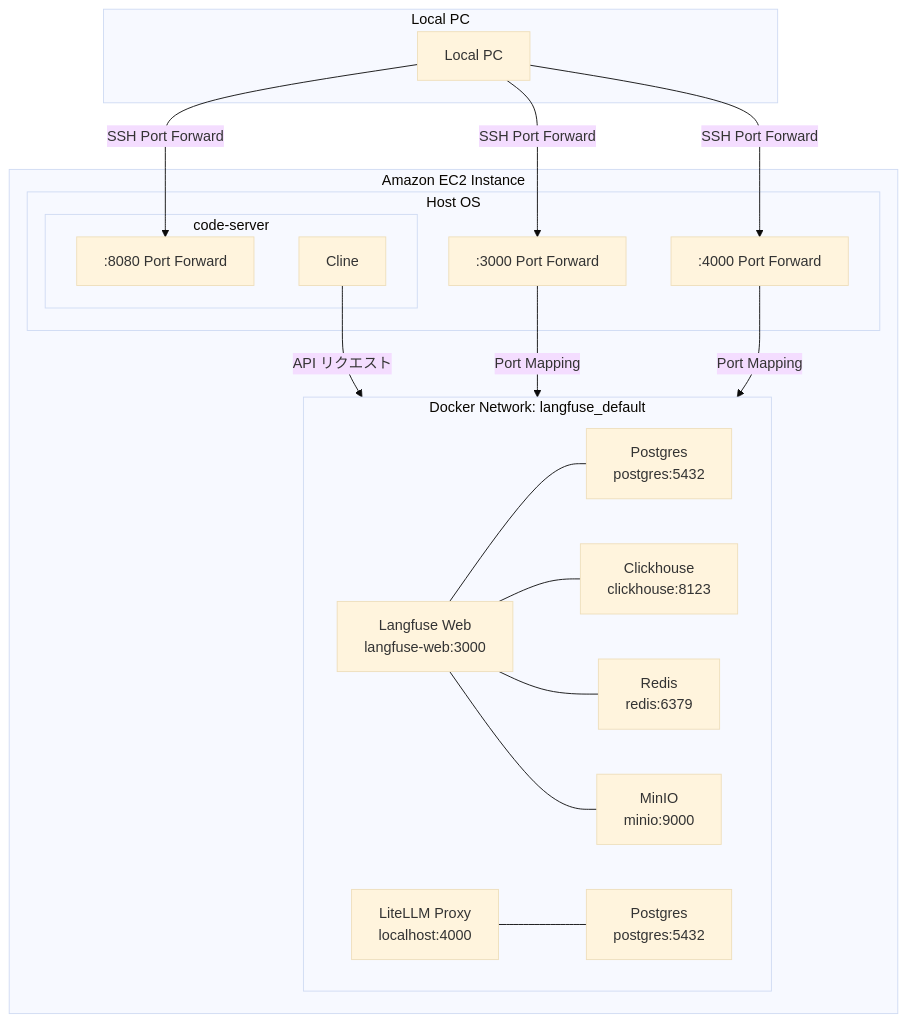
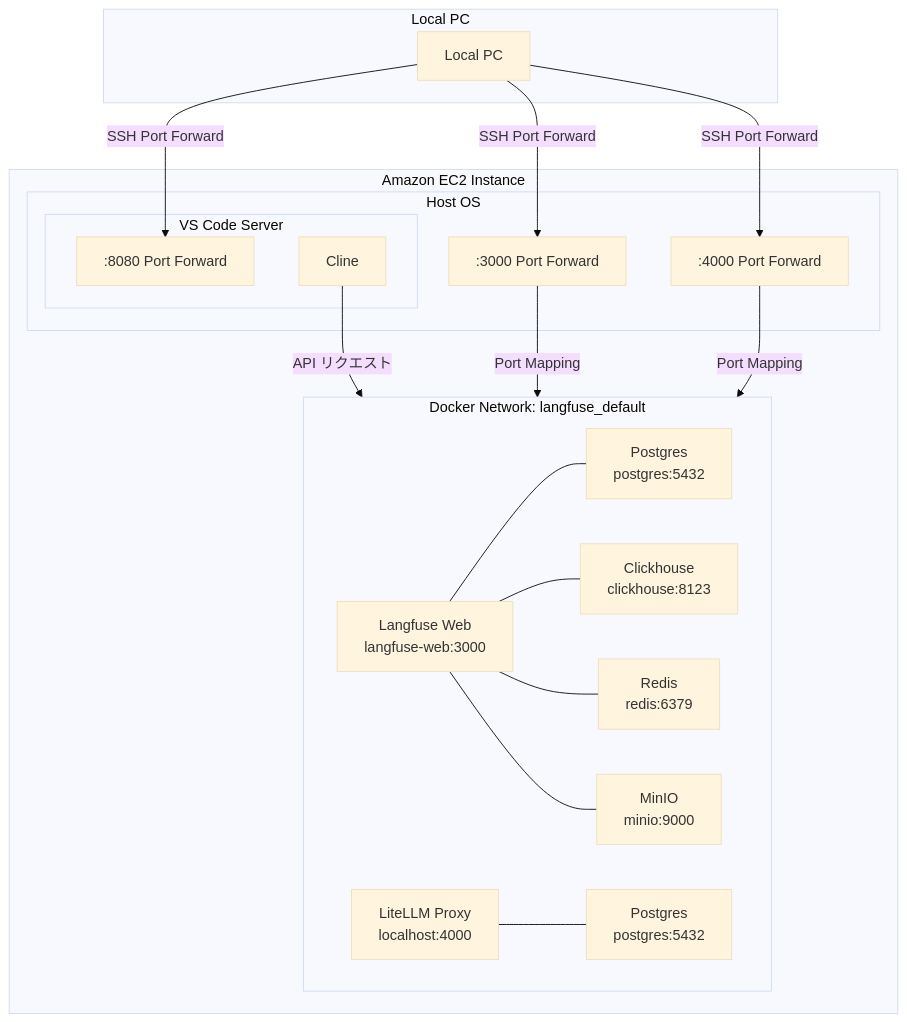
The diagram in workshops/ai-coding-workshop/cline/4.langfuse/README.md (littlemex/aws-samples), drawn with Mermaid (base theme) before and after one commit. The commit also changed other lines of this file, not shown here.

````diff
--- a/workshops/ai-coding-workshop/cline/4.langfuse/README.md
+++ b/workshops/ai-coding-workshop/cline/4.langfuse/README.md
@@ -23,44 +23,44 @@
 ```mermaid
 graph TB
     subgraph "Local PC"
         MB[Local PC]
     end
 
     subgraph "Amazon EC2 Instance"
         subgraph "Host OS"
             
-            subgraph "code-server"
+            subgraph "VS Code Server"
                PF2[":8080 Port Forward"]
                CP[Cline]
             end
             
             PF1[":3000 Port Forward"]
             PF3[":4000 Port Forward"]
         end
 
         subgraph "Docker Network: langfuse_default"
             direction LR
             LF[Langfuse Web<br/>langfuse-web:3000]
             PG1[Postgres<br/>postgres:5432]
             CH[Clickhouse<br/>clickhouse:8123]
             RD[Redis<br/>redis:6379]
             MN[MinIO<br/>minio:9000]
             LL[LiteLLM Proxy<br/>localhost:4000]
             PG2[Postgres<br/>postgres:5432]
             
             LF --- PG1
             LF --- CH
             LF --- RD
             LF --- MN
             LL --- PG2
         end
 
         CP -- "API リクエスト" --> LL
         PF1 -- "Port Mapping" --> LF
         PF3 -- "Port Mapping" --> LL
     end
 
     MB -- "SSH Port Forward" --> PF1
     MB -- "SSH Port Forward" --> PF2
     MB -- "SSH Port Forward" --> PF3
 ```
````
